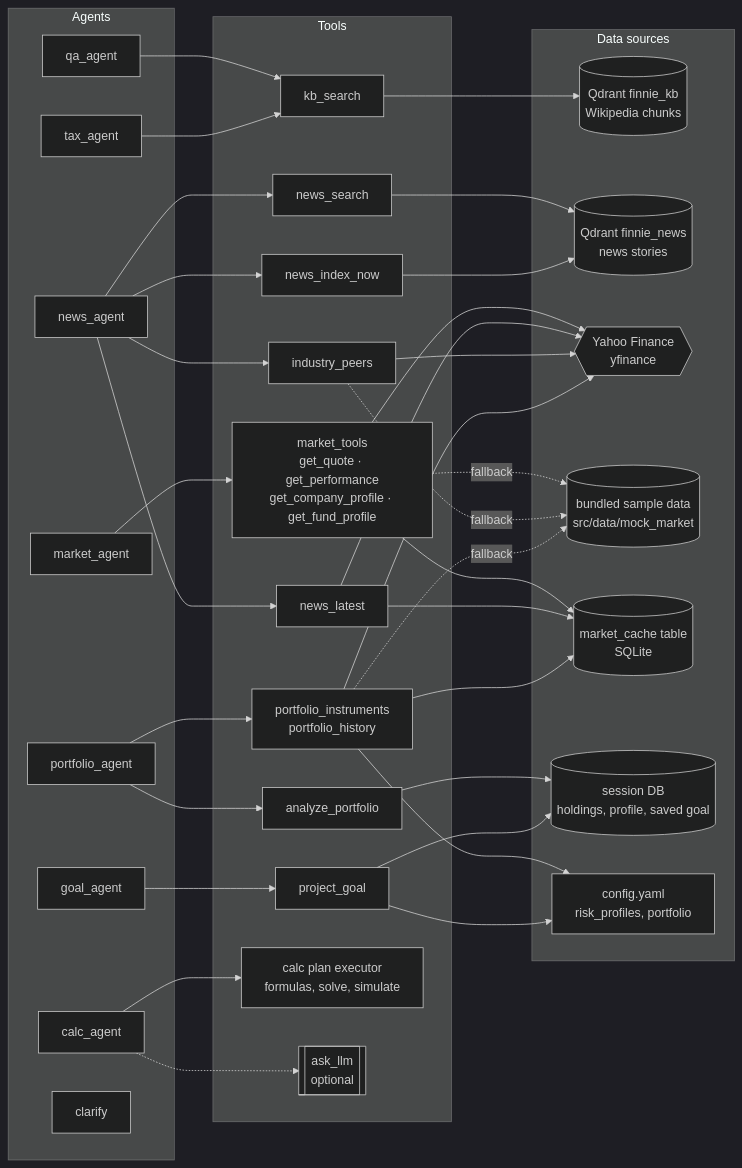
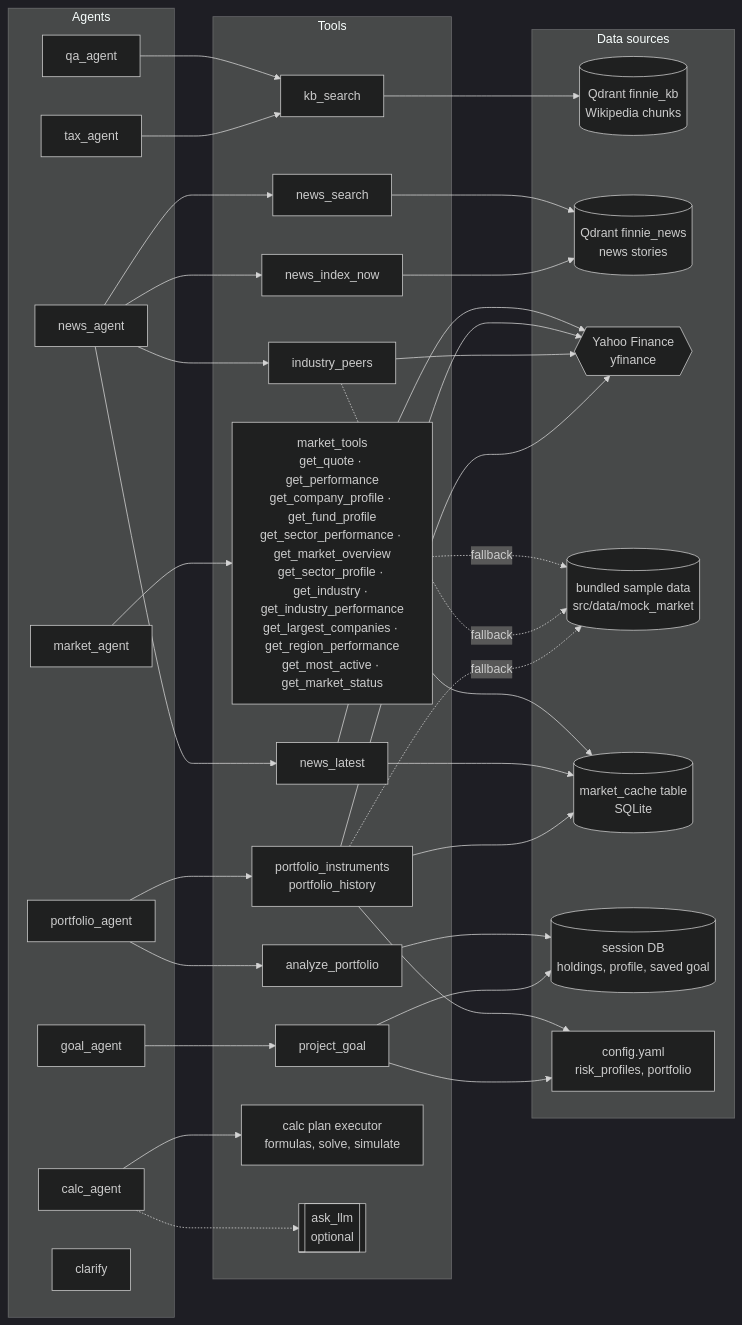
Before and after one commit to kyloop/AI-Finance-Assistant: the first of 2 diagrams in mds/agent-tools.md, drawn with Mermaid (dark theme). The commit also changed other lines of this file and 1 other file, not shown here.

````diff
--- a/mds/agent-tools.md
+++ b/mds/agent-tools.md
@@ -13,68 +13,68 @@
 ```mermaid
 flowchart LR
     subgraph agents[Agents]
         qa[qa_agent]
         tax[tax_agent]
         market[market_agent]
         news[news_agent]
         portfolio[portfolio_agent]
         goal[goal_agent]
         calc[calc_agent]
         clarify[clarify]
     end
 
     subgraph tools[Tools]
         kb_search[kb_search]
-        market_tools[market_tools<br/>get_quote · get_performance<br/>get_company_profile · get_fund_profile]
+        market_tools[market_tools<br/>get_quote · get_performance<br/>get_company_profile · get_fund_profile<br/>get_sector_performance · get_market_overview<br/>get_sector_profile · get_industry · get_industry_performance<br/>get_largest_companies · get_region_performance<br/>get_most_active · get_market_status]
         news_latest[news_latest]
         news_search[news_search]
         news_index_now[news_index_now]
         industry_peers[industry_peers]
         portfolio_data[portfolio_instruments<br/>portfolio_history]
         analyze_portfolio[analyze_portfolio]
         project_goal[project_goal]
         calculators[calc plan executor<br/>formulas, solve, simulate]
         ask_llm[[ask_llm<br/>optional]]
     end
 
     subgraph stores[Data sources]
         qdrant_kb[(Qdrant finnie_kb<br/>Wikipedia chunks)]
         qdrant_news[(Qdrant finnie_news<br/>news stories)]
         yahoo{{Yahoo Finance<br/>yfinance}}
         sample[(bundled sample data<br/>src/data/mock_market)]
         cache[(market_cache table<br/>SQLite)]
         session[(session DB<br/>holdings, profile, saved goal)]
         cfg[config.yaml<br/>risk_profiles, portfolio]
     end
 
     qa --> kb_search
     tax --> kb_search
     market --> market_tools
     news --> news_latest
     news --> news_search
     news --> news_index_now
     news --> industry_peers
     portfolio --> portfolio_data
     portfolio --> analyze_portfolio
     goal --> project_goal
     calc --> calculators
     calc -.-> ask_llm
 
     kb_search --> qdrant_kb
     market_tools --> cache
     market_tools --> yahoo
     market_tools -.fallback.-> sample
     news_latest --> cache
     news_latest --> yahoo
     news_search --> qdrant_news
     news_index_now --> qdrant_news
     industry_peers --> yahoo
     industry_peers -.fallback.-> sample
     portfolio_data --> cache
     portfolio_data --> yahoo
     portfolio_data -.fallback.-> sample
     portfolio_data --> cfg
     analyze_portfolio --> session
     project_goal --> cfg
     project_goal --> session
 ```
````
